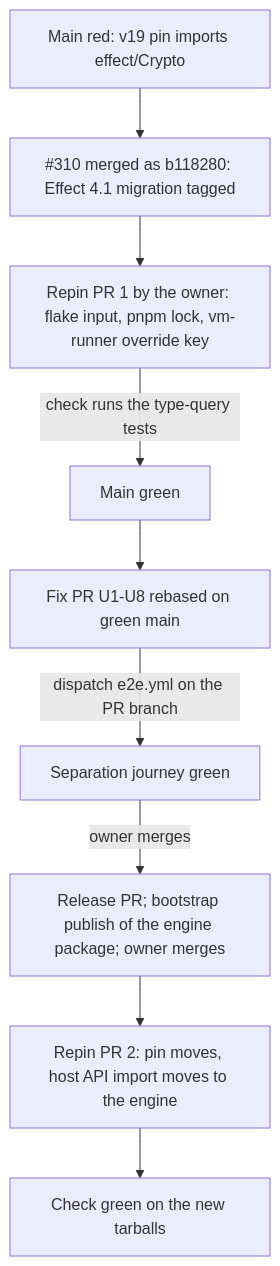
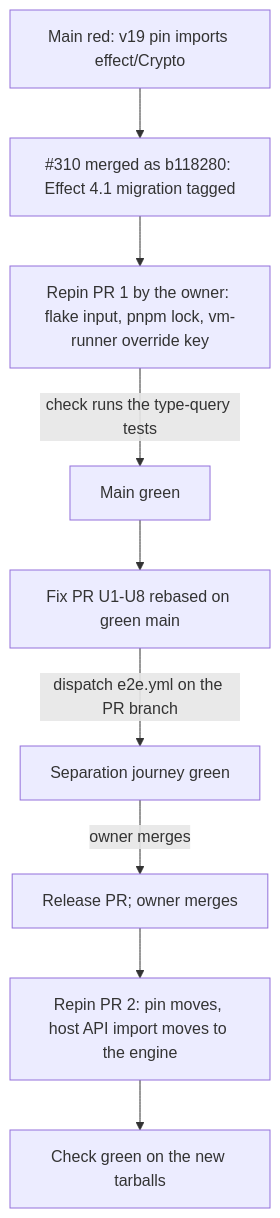
Before and after one commit to systemfsoftware/stryker-js-effect: the diagram in docs/plans/2026-11-11-0039-fix-stryker-js-own-effect-plan.md, drawn with Mermaid. The commit also changed other lines of this file and 3 other files, not shown here.

````diff
--- a/docs/plans/2026-11-11-0039-fix-stryker-js-own-effect-plan.md
+++ b/docs/plans/2026-11-11-0039-fix-stryker-js-own-effect-plan.md
@@ -113,11 +113,11 @@
 ```mermaid
 flowchart TB
   A[Main red: v19 pin imports effect/Crypto] --> B[#310 merged as b118280: Effect 4.1 migration tagged]
   B --> C[Repin PR 1 by the owner: flake input, pnpm lock, vm-runner override key]
   C -->|check runs the type-query tests| D[Main green]
   D --> E[Fix PR U1-U8 rebased on green main]
   E -->|dispatch e2e.yml on the PR branch| F[Separation journey green]
-  F -->|owner merges| G[Release PR; bootstrap publish of the engine package; owner merges]
+  F -->|owner merges| G[Release PR; owner merges]
   G --> H[Repin PR 2: pin moves, host API import moves to the engine]
   H --> I[Check green on the new tarballs]
 ```
````
